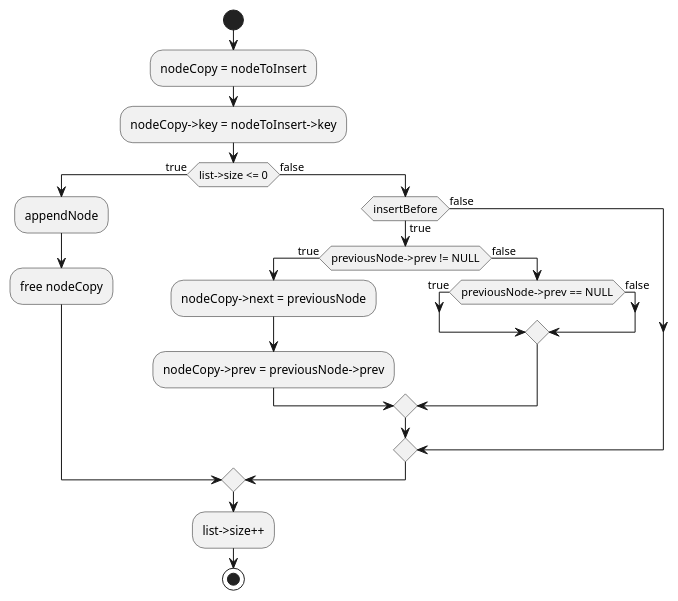
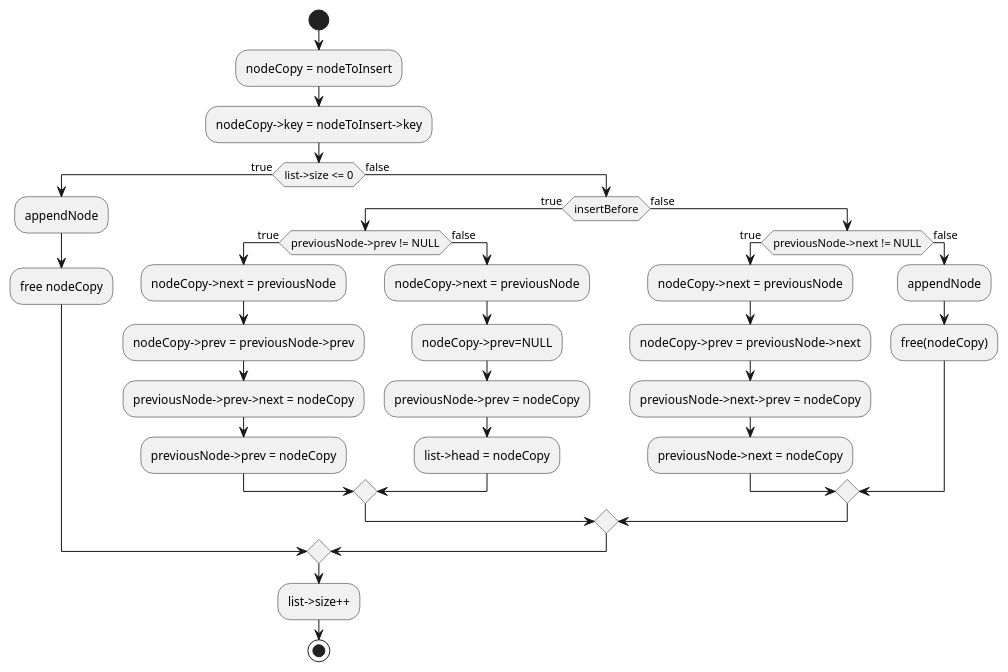
Before and after one commit to MikaelFangel/Yukon: the diagram in diagrams/linked_insert_activity.puml, drawn with PlantUML.

Commit message:
added the remaining actions to the diagram

```diff
--- a/diagrams/linked_insert_activity.puml
+++ b/diagrams/linked_insert_activity.puml
@@ -1,31 +1,45 @@
 @startuml
 'https://plantuml.com/activity-diagram-beta
 
 start
 :nodeCopy = nodeToInsert;
 :nodeCopy->key = nodeToInsert->key;
 
 if(list->size <= 0) then (true)
-:appendNode;
-:free nodeCopy;
+    :appendNode;
+    :free nodeCopy;
 else (false)
-if(insertBefore) then (true)
-if(previousNode->prev != NULL) then (true)
-:nodeCopy->next = previousNode;
-:nodeCopy->prev = previousNode->prev;
-else (false)
-if(previousNode->prev == NULL) then (true)
-else (false)
+    if(insertBefore) then (true)
+        if(previousNode->prev != NULL) then (true)
+            :nodeCopy->next = previousNode;
+            :nodeCopy->prev = previousNode->prev;
+            :previousNode->prev->next = nodeCopy;
+            :previousNode->prev = nodeCopy;
 
-endif
+        else (false)
+            :nodeCopy->next = previousNode;
+            :nodeCopy->prev=NULL;
+            :previousNode->prev = nodeCopy;
+            :list->head = nodeCopy;
 
-endif
-else (false)
+        endif
+    else (false)
+        if(previousNode->next != NULL) then (true)
+            :nodeCopy->next = previousNode;
+            :nodeCopy->prev = previousNode->next;
+            :previousNode->next->prev = nodeCopy;
+            :previousNode->next = nodeCopy;
+
+        else (false)
+            :appendNode;
+            :free(nodeCopy);
+        endif
+
 endif
 endif
 
 :list->size++;
 
 stop
 
 @enduml
```
